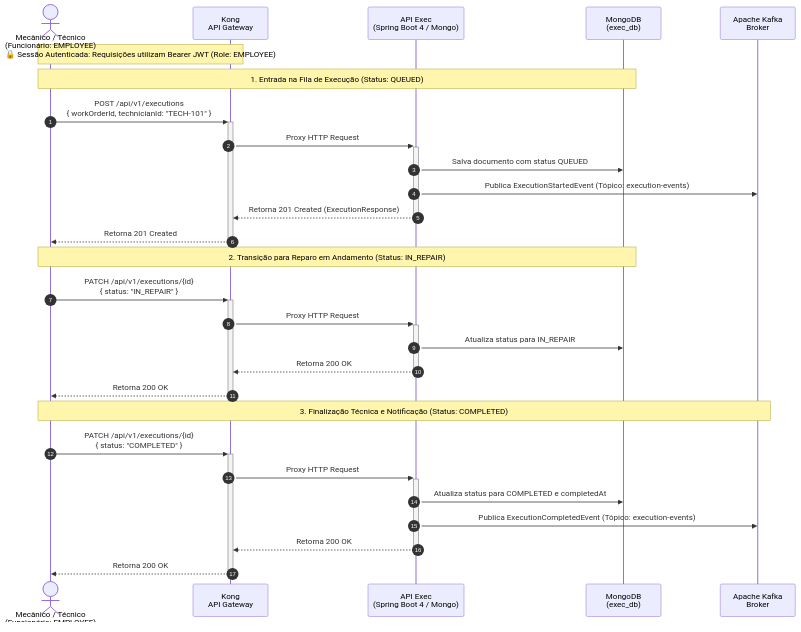
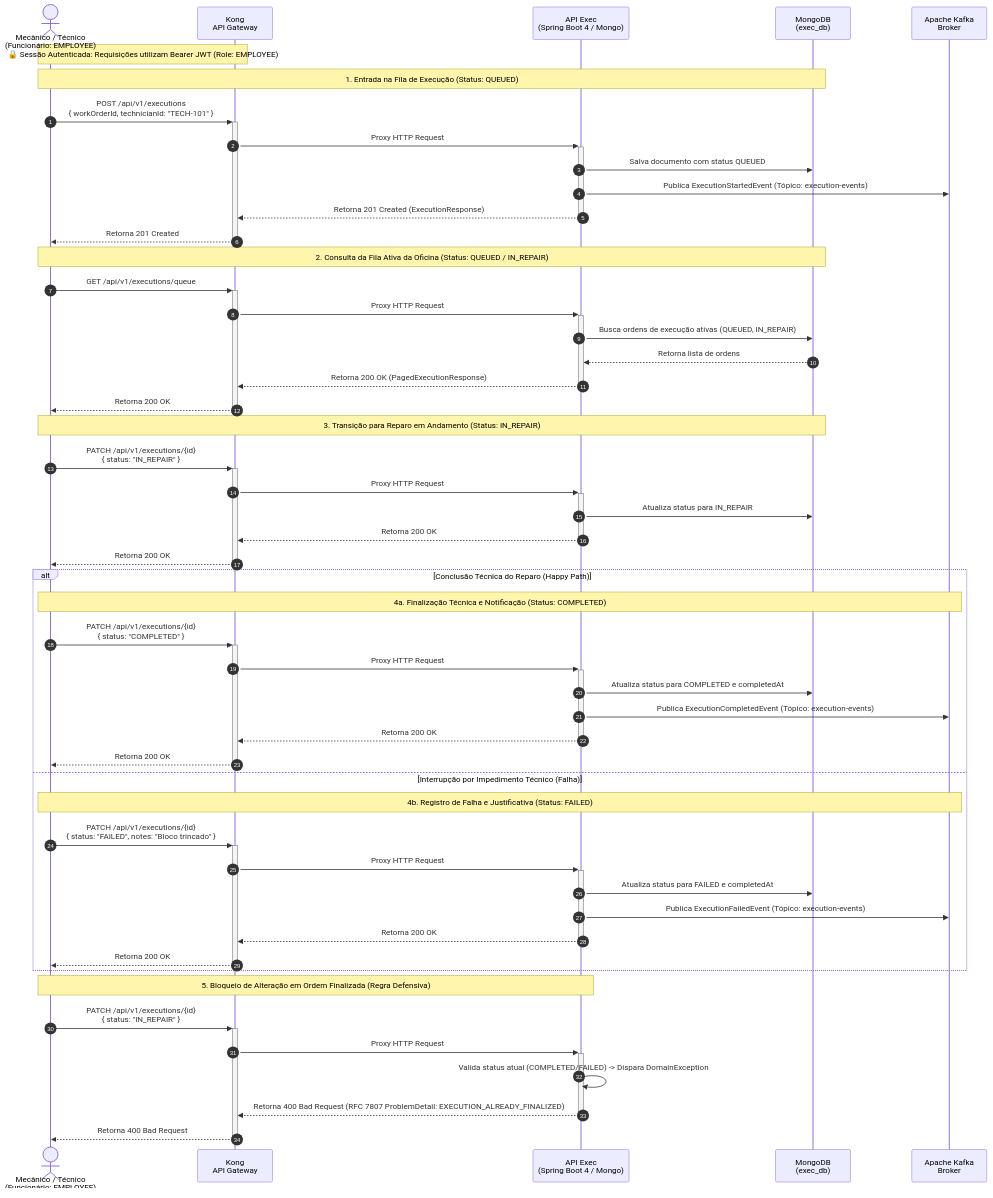
Before and after one commit to rodsordi/15soat-phase4-e2e: the diagram in src/test/resources/features/exec/execution_queue_and_repair.md, drawn with Mermaid. The commit also changed 5 other files, not shown here.

Commit message:
test(exec): expand bdd scenarios and sequence diagrams for queue, failure and consolidated inspection

````diff
--- a/src/test/resources/features/exec/execution_queue_and_repair.md
+++ b/src/test/resources/features/exec/execution_queue_and_repair.md
@@ -16,37 +16,64 @@
 ```mermaid
 sequenceDiagram
     autonumber
     actor Mecanico as Mecânico / Técnico<br/>(Funcionário: EMPLOYEE)
     participant Kong as Kong<br/>API Gateway
     participant Exec as API Exec<br/>(Spring Boot 4 / Mongo)
     participant Mongo as MongoDB<br/>(exec_db)
     participant Kafka as Apache Kafka<br/>Broker
 
     Note over Mecanico,Kong: 🔒 Sessão Autenticada: Requisições utilizam Bearer JWT (Role: EMPLOYEE)
 
     %% Entrada na Fila
     Note over Mecanico,Mongo: 1. Entrada na Fila de Execução (Status: QUEUED)
     Mecanico->>+Kong: POST /api/v1/executions<br/>{ workOrderId, technicianId: "TECH-101" }
     Kong->>+Exec: Proxy HTTP Request
     Exec->>Mongo: Salva documento com status QUEUED
     Exec->>Kafka: Publica ExecutionStartedEvent (Tópico: execution-events)
     Exec-->>-Kong: Retorna 201 Created (ExecutionResponse)
     Kong-->>-Mecanico: Retorna 201 Created
 
+    %% Consulta da Fila Operacional
+    Note over Mecanico,Mongo: 2. Consulta da Fila Ativa da Oficina (Status: QUEUED / IN_REPAIR)
+    Mecanico->>+Kong: GET /api/v1/executions/queue
+    Kong->>+Exec: Proxy HTTP Request
+    Exec->>Mongo: Busca ordens de execução ativas (QUEUED, IN_REPAIR)
+    Mongo-->>Exec: Retorna lista de ordens
+    Exec-->>-Kong: Retorna 200 OK (PagedExecutionResponse)
+    Kong-->>-Mecanico: Retorna 200 OK
+
     %% Início dos Reparos
-    Note over Mecanico,Mongo: 2. Transição para Reparo em Andamento (Status: IN_REPAIR)
+    Note over Mecanico,Mongo: 3. Transição para Reparo em Andamento (Status: IN_REPAIR)
     Mecanico->>+Kong: PATCH /api/v1/executions/{id}<br/>{ status: "IN_REPAIR" }
     Kong->>+Exec: Proxy HTTP Request
     Exec->>Mongo: Atualiza status para IN_REPAIR
     Exec-->>-Kong: Retorna 200 OK
     Kong-->>-Mecanico: Retorna 200 OK
 
-    %% Conclusão dos Reparos
-    Note over Mecanico,Kafka: 3. Finalização Técnica e Notificação (Status: COMPLETED)
-    Mecanico->>+Kong: PATCH /api/v1/executions/{id}<br/>{ status: "COMPLETED" }
+    %% Conclusão ou Falha dos Reparos
+    alt Conclusão Técnica do Reparo (Happy Path)
+        Note over Mecanico,Kafka: 4a. Finalização Técnica e Notificação (Status: COMPLETED)
+        Mecanico->>+Kong: PATCH /api/v1/executions/{id}<br/>{ status: "COMPLETED" }
+        Kong->>+Exec: Proxy HTTP Request
+        Exec->>Mongo: Atualiza status para COMPLETED e completedAt
+        Exec->>Kafka: Publica ExecutionCompletedEvent (Tópico: execution-events)
+        Exec-->>-Kong: Retorna 200 OK
+        Kong-->>-Mecanico: Retorna 200 OK
+    else Interrupção por Impedimento Técnico (Falha)
+        Note over Mecanico,Kafka: 4b. Registro de Falha e Justificativa (Status: FAILED)
+        Mecanico->>+Kong: PATCH /api/v1/executions/{id}<br/>{ status: "FAILED", notes: "Bloco trincado" }
+        Kong->>+Exec: Proxy HTTP Request
+        Exec->>Mongo: Atualiza status para FAILED e completedAt
+        Exec->>Kafka: Publica ExecutionFailedEvent (Tópico: execution-events)
+        Exec-->>-Kong: Retorna 200 OK
+        Kong-->>-Mecanico: Retorna 200 OK
+    end
+
+    %% Regra de Negócio: Bloqueio Pós-Finalização
+    Note over Mecanico,Exec: 5. Bloqueio de Alteração em Ordem Finalizada (Regra Defensiva)
+    Mecanico->>+Kong: PATCH /api/v1/executions/{id}<br/>{ status: "IN_REPAIR" }
     Kong->>+Exec: Proxy HTTP Request
-    Exec->>Mongo: Atualiza status para COMPLETED e completedAt
-    Exec->>Kafka: Publica ExecutionCompletedEvent (Tópico: execution-events)
-    Exec-->>-Kong: Retorna 200 OK
-    Kong-->>-Mecanico: Retorna 200 OK
+    Exec->>Exec: Valida status atual (COMPLETED/FAILED) -> Dispara DomainException
+    Exec-->>-Kong: Retorna 400 Bad Request (RFC 7807 ProblemDetail: EXECUTION_ALREADY_FINALIZED)
+    Kong-->>-Mecanico: Retorna 400 Bad Request
 ```
````
